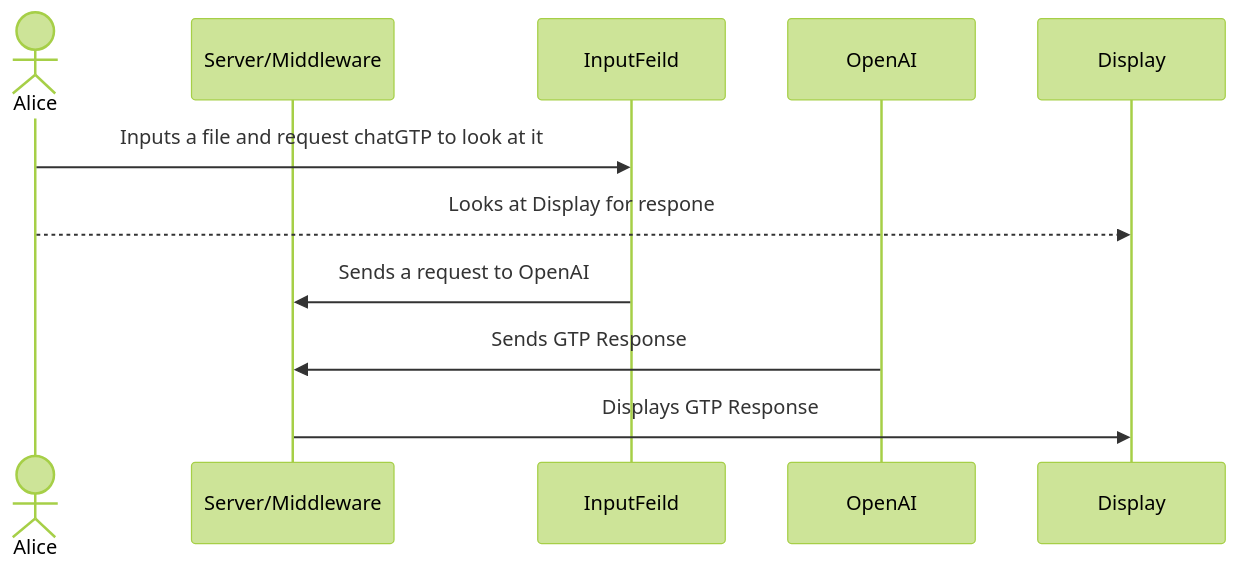
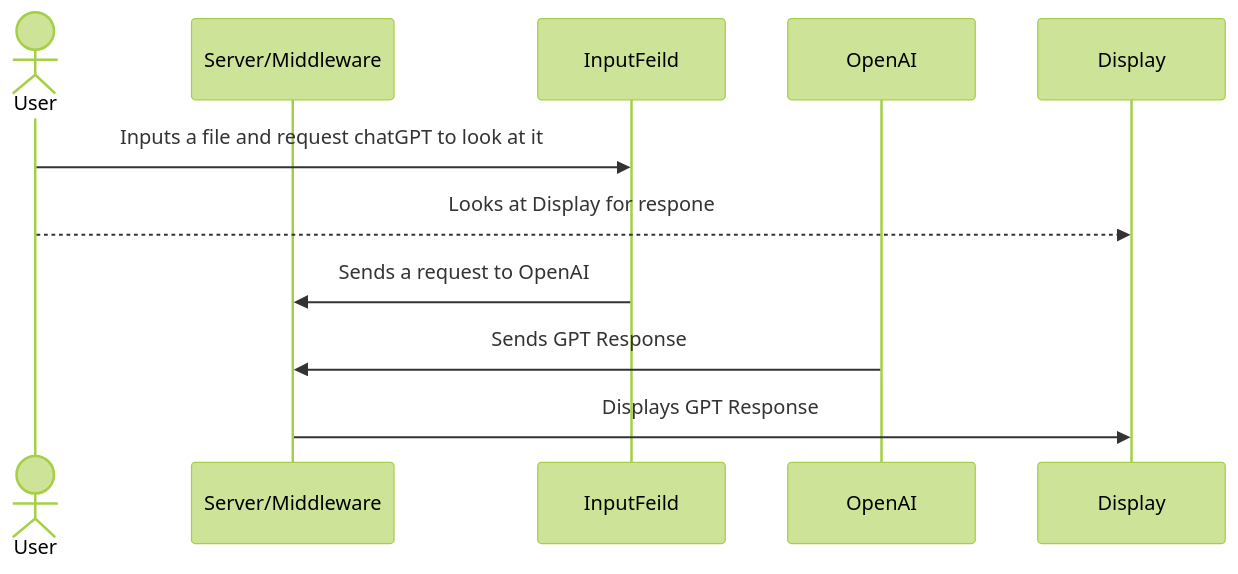
One commit to cis3296f24/cis3296f24-classroom-applebaum-final-projects-tu-cis-4398-docs-template changed the third of 3 diagrams in README.md. Above: the diagram before and after it, drawn with Mermaid (forest theme). The commit also changed other lines of this file and 1 other file, not shown here.

````diff
--- a/README.md
+++ b/README.md
@@ -152,14 +189,14 @@
 ```mermaid
 sequenceDiagram
-    actor Alice
+    actor User
     participant S as Server/Middleware
     participant I as InputFeild
     participant O as OpenAI
     participant D as Display
 
-    Alice ->> I: Inputs a file and request chatGTP to look at it
-    Alice -->> D: Looks at Display for respone
+    User ->> I: Inputs a file and request chatGPT to look at it
+    User -->> D: Looks at Display for respone
     I ->> S: Sends a request to OpenAI
-    O ->> S: Sends GTP Response 
-    S ->> D: Displays GTP Response 
+    O ->> S: Sends GPT Response 
+    S ->> D: Displays GPT Response 
 ```
````
